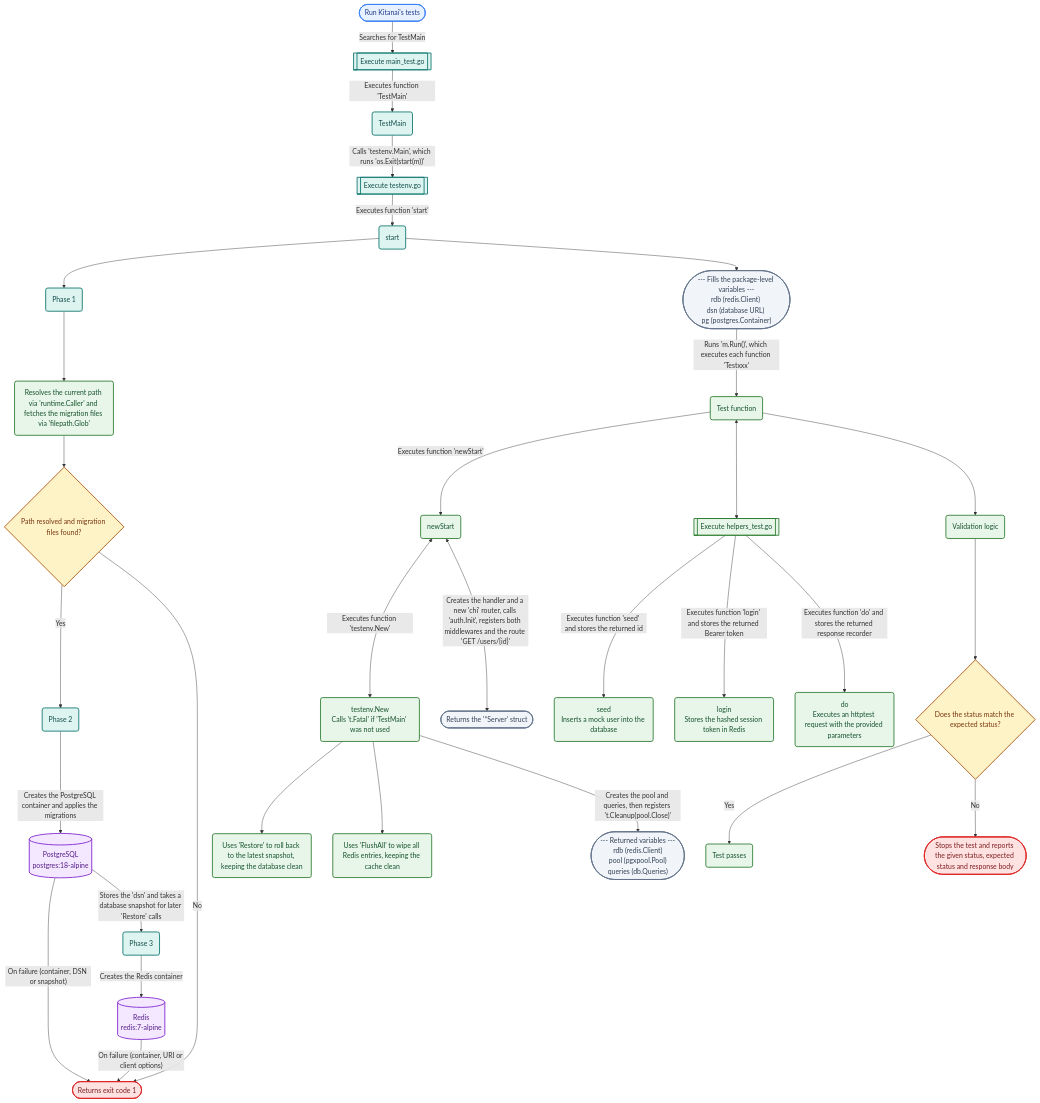
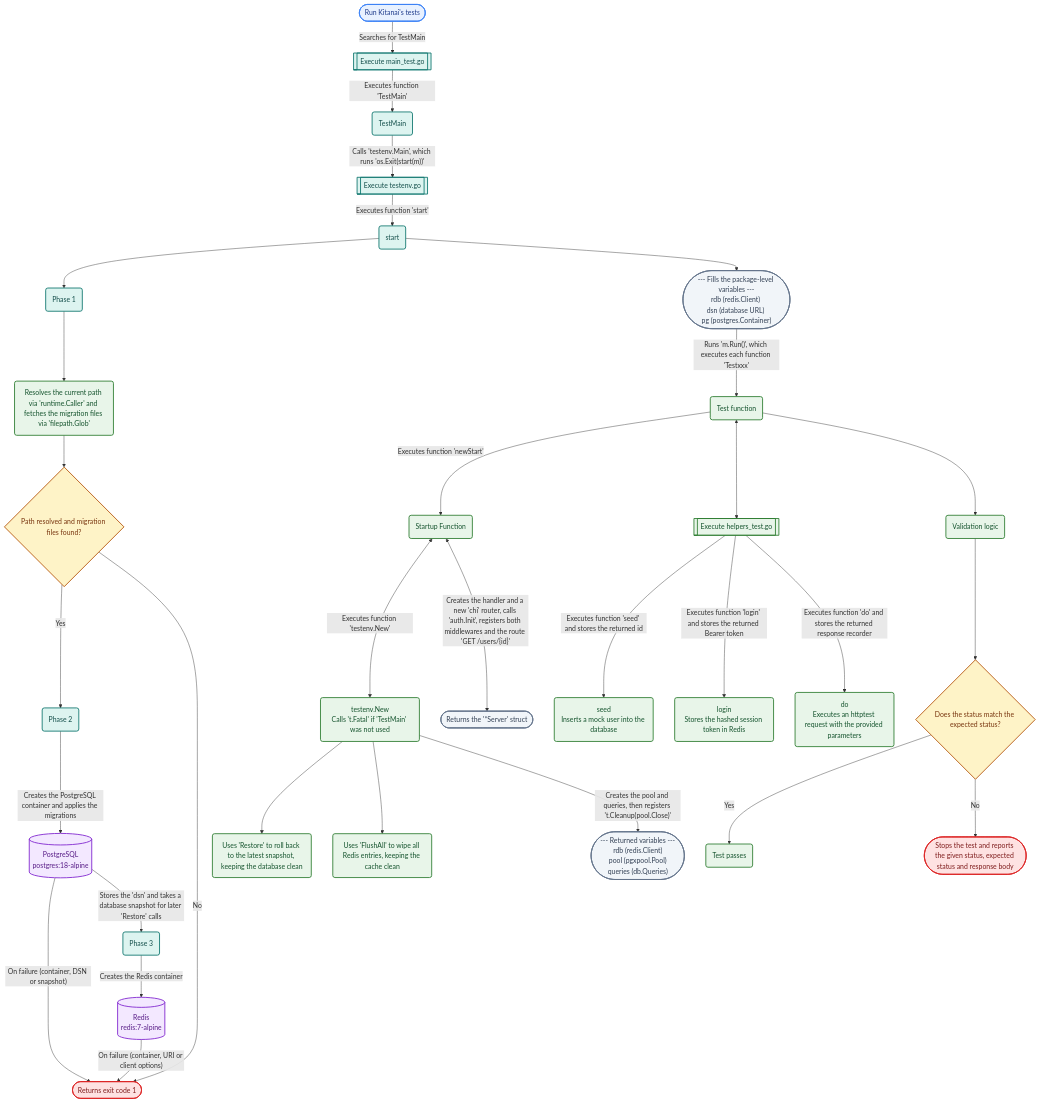
Before and after one commit to shawnfrost25/prolepsis: the diagram in docs/visualization/kitanai/test.md, drawn with Mermaid. The commit also changed 10 other files, not shown here.

```diff
--- a/docs/visualization/kitanai/test.md
+++ b/docs/visualization/kitanai/test.md
@@ -16,7 +16,7 @@
     Phase3("Phase 3")
     InsertValue(["--- Fills the package-level variables ---\nrdb (redis.Client) \ndsn (database URL) \npg (postgres.Container)"])
     Test("Test function")
-    NewServer("newStart")
+    NewServer("Startup Function")
     TestEnvNew("testenv.New\nCalls 't.Fatal' if 'TestMain' was not used")
     TestEnvNewSnapshot("Uses 'Restore' to roll back to the latest snapshot, keeping the database clean")
     TestEnvNewFlushAll("Uses 'FlushAll' to wipe all Redis entries, keeping the cache clean")
```
